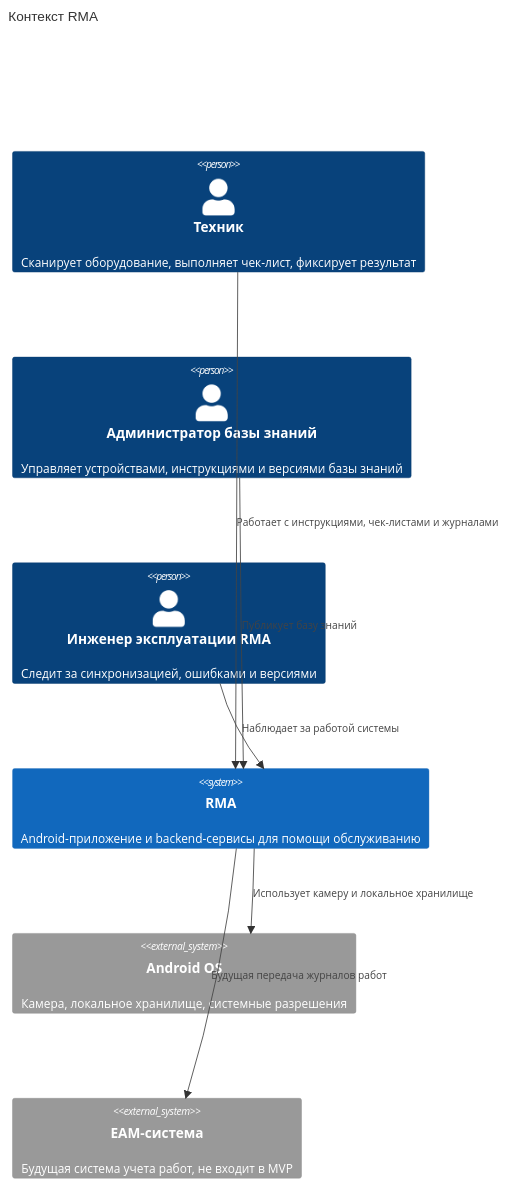
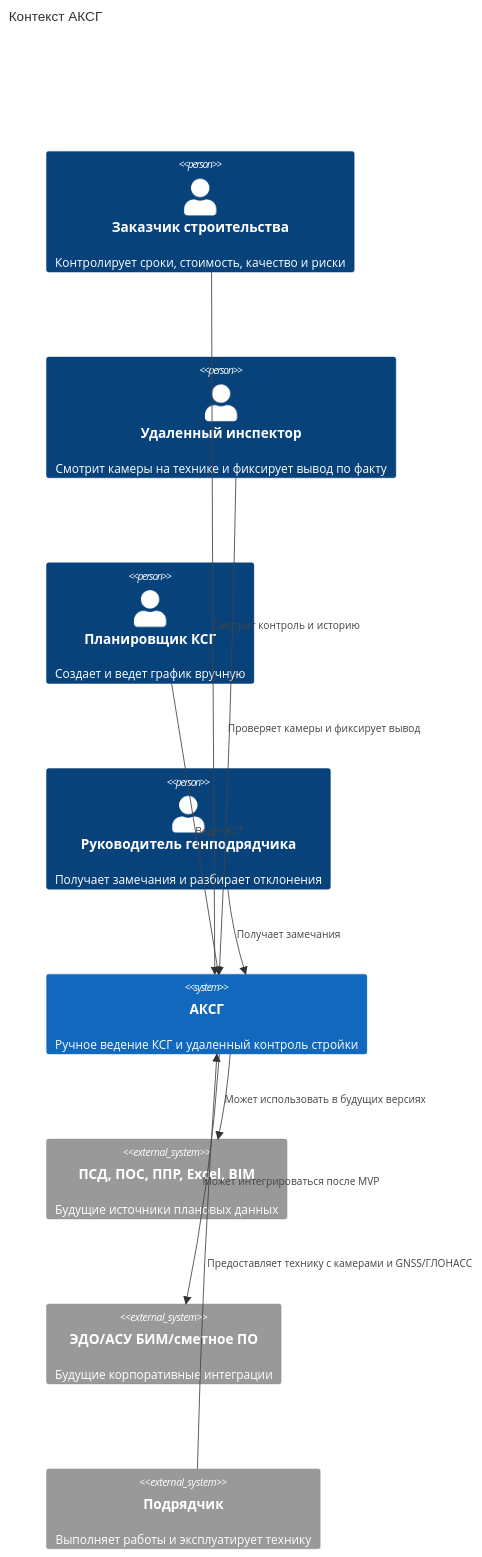
Before and after one commit to s21dlemanskiy/course-work: the diagram in 02-контекст-и-границы.md, drawn with Mermaid. The commit also changed other lines of this file and 19 other files, not shown here.

````diff
--- a/02-контекст-и-границы.md
+++ b/02-контекст-и-границы.md
@@ -15,21 +17,25 @@
 ```mermaid
 C4Context
-    title Контекст RMA
+    title Контекст АКСГ
 
-    Person(technician, "Техник", "Сканирует оборудование, выполняет чек-лист, фиксирует результат")
-    Person(admin, "Администратор базы знаний", "Управляет устройствами, инструкциями и версиями базы знаний")
-    Person(operator, "Инженер эксплуатации RMA", "Следит за синхронизацией, ошибками и версиями")
+    Person(customer, "Заказчик строительства", "Контролирует сроки, стоимость, качество и риски")
+    Person(remoteInspector, "Удаленный инспектор", "Смотрит камеры на технике и фиксирует вывод по факту")
+    Person(planner, "Планировщик КСГ", "Создает и ведет график вручную")
+    Person(contractorPm, "Руководитель генподрядчика", "Получает замечания и разбирает отклонения")
 
-    System(rma, "RMA", "Android-приложение и backend-сервисы для помощи обслуживанию")
+    System(aksg, "АКСГ", "Ручное ведение КСГ и удаленный контроль стройки")
 
-    System_Ext(android, "Android OS", "Камера, локальное хранилище, системные разрешения")
-    System_Ext(eam, "EAM-система", "Будущая система учета работ, не входит в MVP")
+    System_Ext(docs, "ПСД, ПОС, ППР, Excel, BIM", "Будущие источники плановых данных")
+    System_Ext(corp, "ЭДО/АСУ БИМ/сметное ПО", "Будущие корпоративные интеграции")
+    System_Ext(contractor, "Подрядчик", "Выполняет работы и эксплуатирует технику")
 
-    Rel(technician, rma, "Работает с инструкциями, чек-листами и журналами")
-    Rel(admin, rma, "Публикует базу знаний")
-    Rel(operator, rma, "Наблюдает за работой системы")
-    Rel(rma, android, "Использует камеру и локальное хранилище")
-    Rel(rma, eam, "Будущая передача журналов работ")
+    Rel(planner, aksg, "Ведет КСГ")
+    Rel(remoteInspector, aksg, "Проверяет камеры и фиксирует вывод")
+    Rel(customer, aksg, "Смотрит контроль и историю")
+    Rel(contractorPm, aksg, "Получает замечания")
+    Rel(aksg, docs, "Может использовать в будущих версиях")
+    Rel(aksg, corp, "Может интегрироваться после MVP")
+    Rel(contractor, aksg, "Предоставляет технику с камерами и GNSS/ГЛОНАСС")
 
     UpdateLayoutConfig($c4ShapeInRow="2", $c4BoundaryInRow="1")
 ```
````
